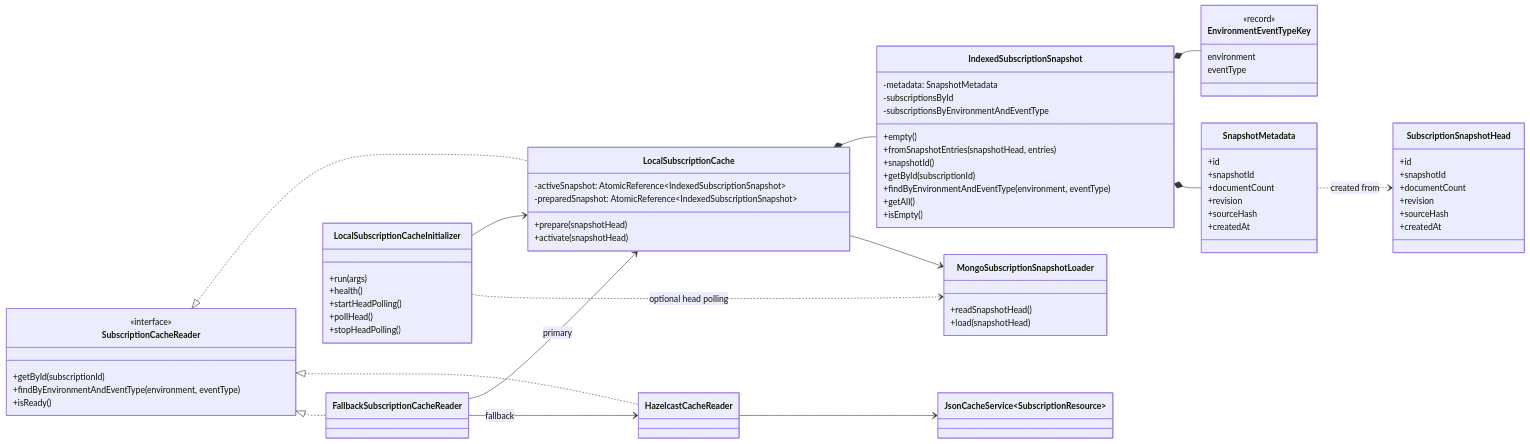
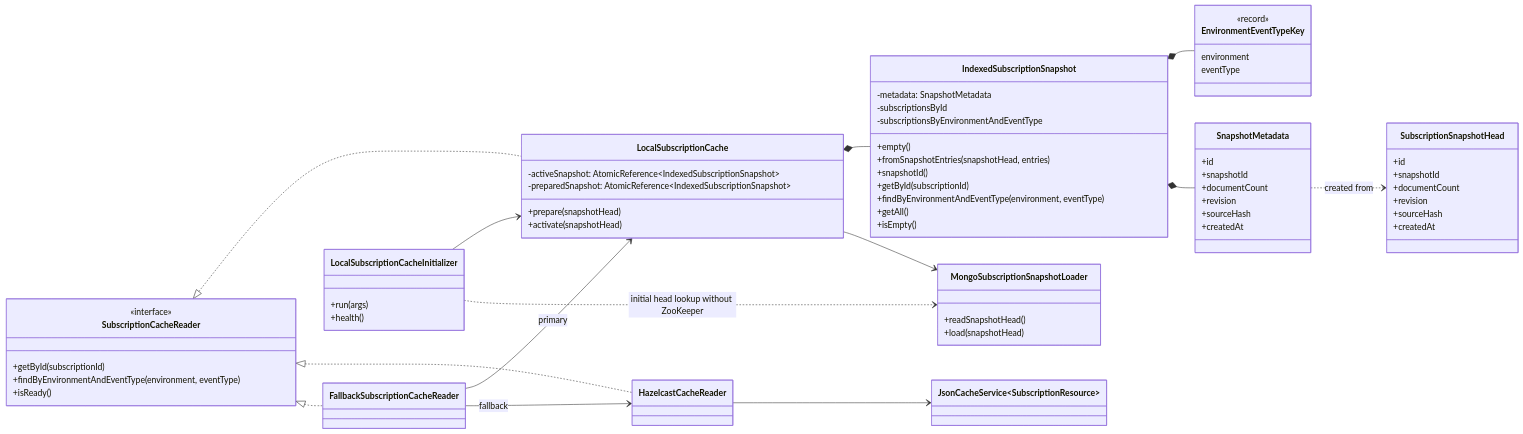
Before and after one commit to telekom/pubsub-horizon-spring-parent: the first of 2 diagrams in docs/local-subscription-cache.md, drawn with Mermaid. The commit also changed other lines of this file and 20 other files, not shown here.

First line of the commit message:
feat: add ZooKeeper-coordinated local subscription cache

````diff
--- a/docs/local-subscription-cache.md
+++ b/docs/local-subscription-cache.md
@@ -24,78 +30,75 @@
 ```mermaid
 classDiagram
     direction LR
 
     class SubscriptionCacheReader {
         <<interface>>
         +getById(subscriptionId)
         +findByEnvironmentAndEventType(environment, eventType)
         +isReady()
     }
     class LocalSubscriptionCache {
         -activeSnapshot: AtomicReference~IndexedSubscriptionSnapshot~
         -preparedSnapshot: AtomicReference~IndexedSubscriptionSnapshot~
         +prepare(snapshotHead)
         +activate(snapshotHead)
     }
     class HazelcastCacheReader
     class FallbackSubscriptionCacheReader
     class IndexedSubscriptionSnapshot {
         -metadata: SnapshotMetadata
         -subscriptionsById
         -subscriptionsByEnvironmentAndEventType
         +empty()
         +fromSnapshotEntries(snapshotHead, entries)
         +snapshotId()
         +getById(subscriptionId)
         +findByEnvironmentAndEventType(environment, eventType)
         +getAll()
         +isEmpty()
     }
     class SnapshotMetadata {
         +id
         +snapshotId
         +documentCount
         +revision
         +sourceHash
         +createdAt
     }
     class SubscriptionSnapshotHead {
         +id
         +snapshotId
         +documentCount
         +revision
         +sourceHash
         +createdAt
     }
     class EnvironmentEventTypeKey {
         <<record>>
         environment
         eventType
     }
     class MongoSubscriptionSnapshotLoader {
         +readSnapshotHead()
         +load(snapshotHead)
     }
     class JsonCacheService~SubscriptionResource~
     class LocalSubscriptionCacheInitializer {
         +run(args)
         +health()
-        +startHeadPolling()
-        +pollHead()
-        +stopHeadPolling()
     }
 
     SubscriptionCacheReader <|.. LocalSubscriptionCache
     SubscriptionCacheReader <|.. HazelcastCacheReader
     SubscriptionCacheReader <|.. FallbackSubscriptionCacheReader
     LocalSubscriptionCache *-- IndexedSubscriptionSnapshot
     IndexedSubscriptionSnapshot *-- EnvironmentEventTypeKey
     IndexedSubscriptionSnapshot *-- SnapshotMetadata
     SnapshotMetadata ..> SubscriptionSnapshotHead : created from
     LocalSubscriptionCache --> MongoSubscriptionSnapshotLoader
     HazelcastCacheReader --> JsonCacheService~SubscriptionResource~
     FallbackSubscriptionCacheReader --> LocalSubscriptionCache : primary
     FallbackSubscriptionCacheReader --> HazelcastCacheReader : fallback
     LocalSubscriptionCacheInitializer --> LocalSubscriptionCache
-    LocalSubscriptionCacheInitializer ..> MongoSubscriptionSnapshotLoader : optional head polling
+    LocalSubscriptionCacheInitializer ..> MongoSubscriptionSnapshotLoader : initial head lookup without ZooKeeper
 ```
````
